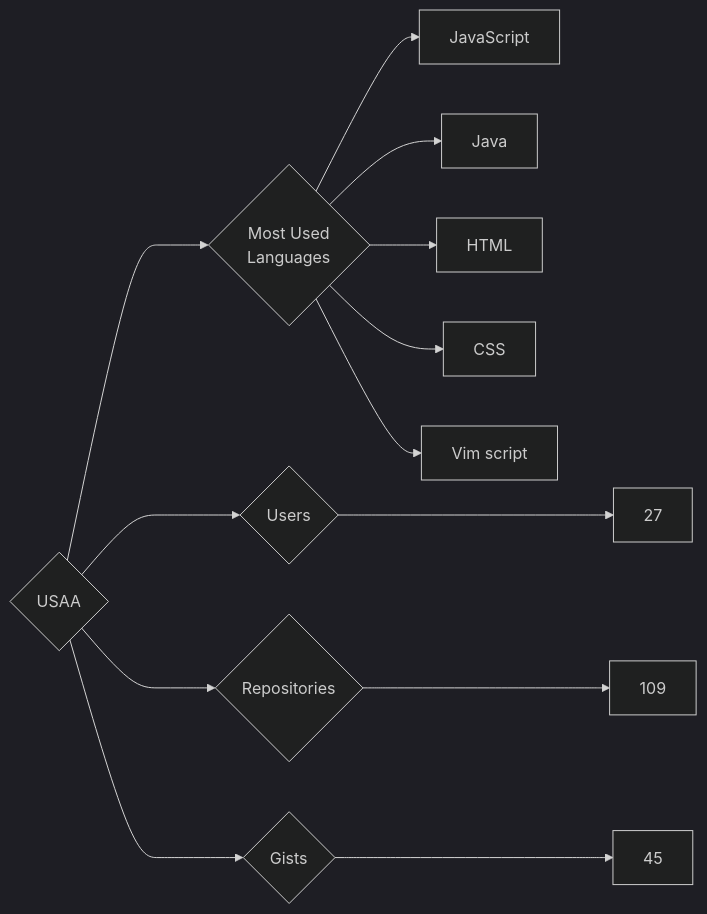
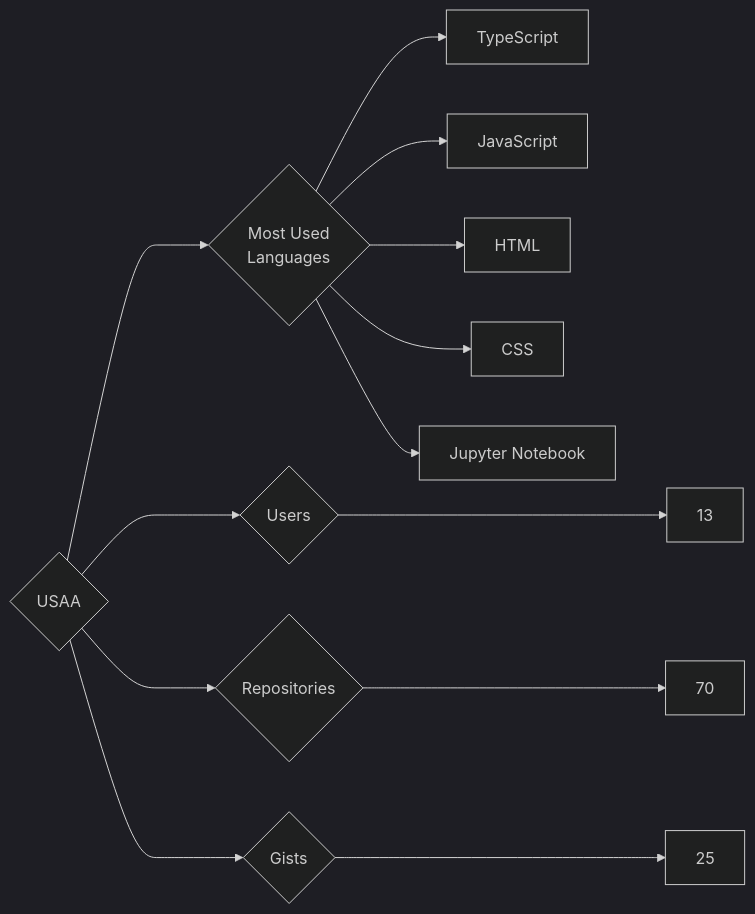
One commit to trickest/insiders changed the diagram in targets/USAA/README.md. Above: the diagram before and after it, drawn with Mermaid (dark theme). The commit also changed 1011 other files, not shown here.

````diff
--- a/targets/USAA/README.md
+++ b/targets/USAA/README.md
@@ -3,13 +3,13 @@
 ```mermaid
 graph LR
 COMPANY_NAME{USAA}
-COMPANY_NAME ---> U{Users} ---> UN[27]
-COMPANY_NAME ---> R{Repositories} ---> RN[109]
-COMPANY_NAME ---> G{Gists} ---> GN[45]
+COMPANY_NAME ---> U{Users} ---> UN[13]
+COMPANY_NAME ---> R{Repositories} ---> RN[70]
+COMPANY_NAME ---> G{Gists} ---> GN[25]
 COMPANY_NAME ---> ML{Most Used<br>Languages}
+ML --> TypeScript[TypeScript]
 ML --> JavaScript[JavaScript]
-ML --> Java[Java]
 ML --> HTML[HTML]
 ML --> CSS[CSS]
-ML --> Vim_script[Vim script]
+ML --> Jupyter_Notebook[Jupyter Notebook]
 ```
````
